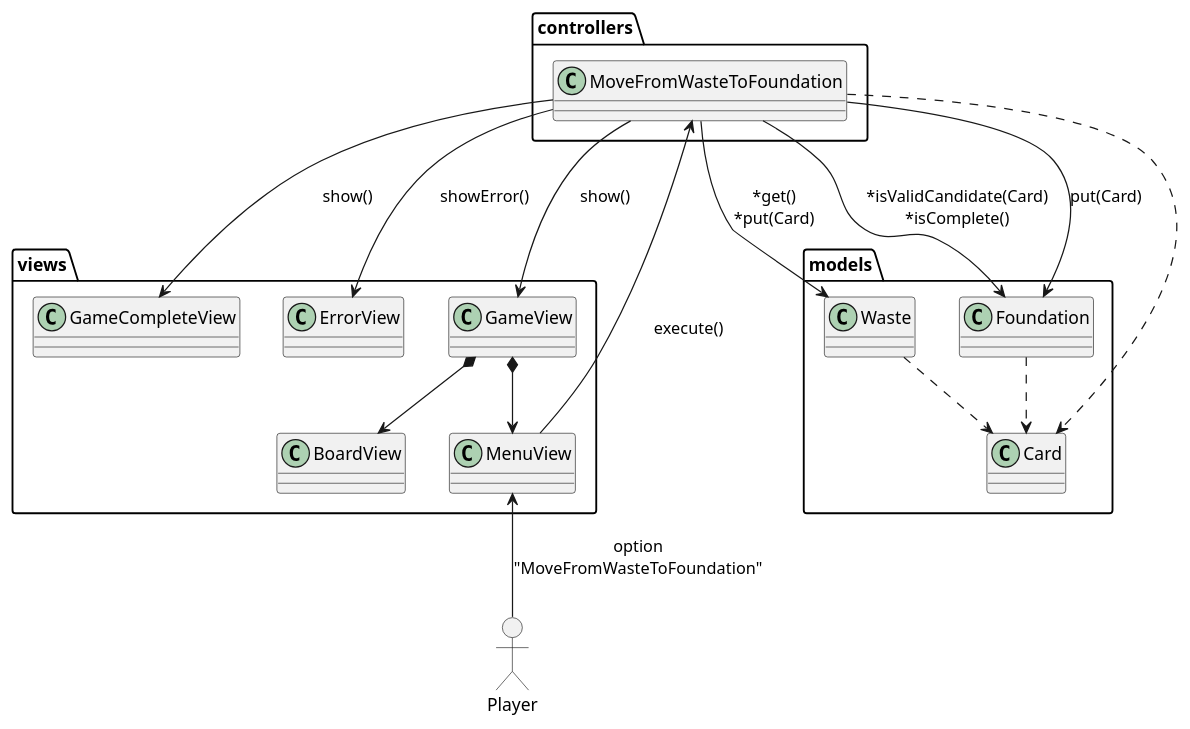
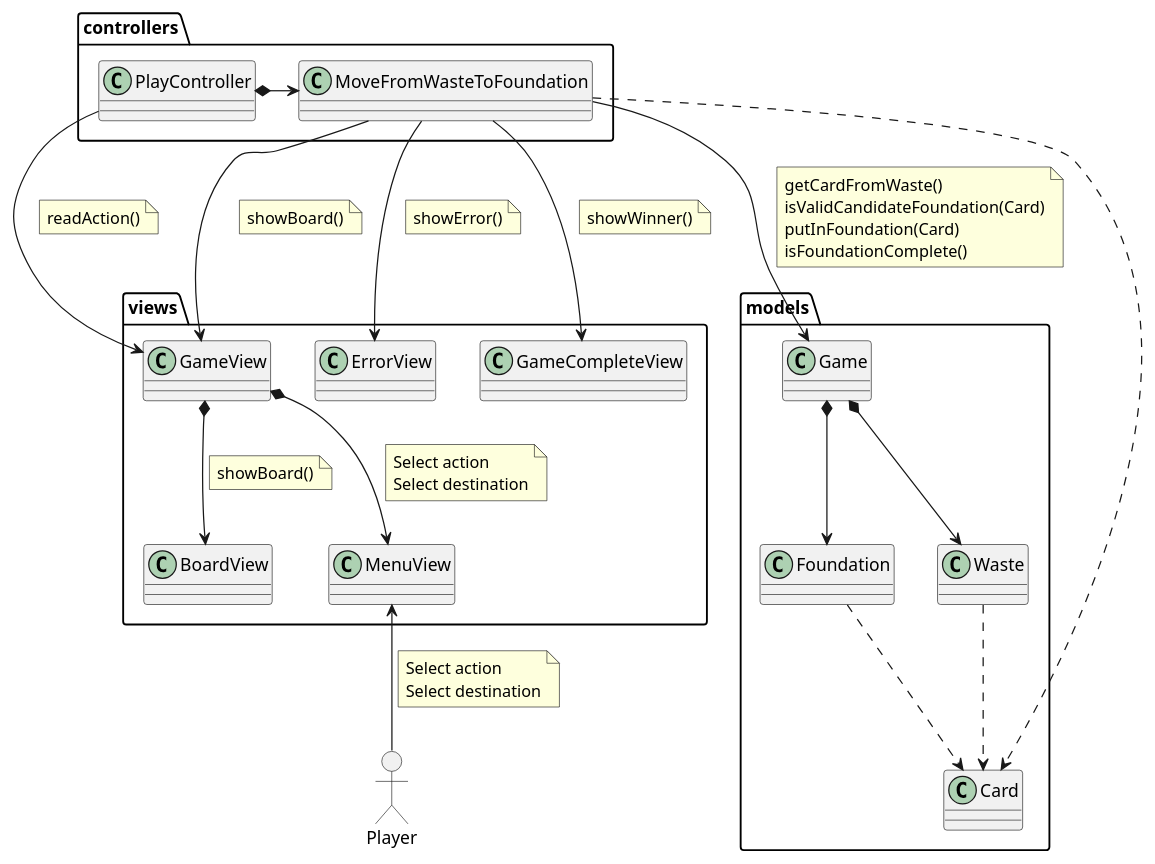
Before and after one commit to Troteaga/klondike: the diagram in docs/logicView/analysisView/useCaseAnalysis/MoveFromWasteToFoundation.plantuml, drawn with PlantUML. The commit also changed 5 other files, not shown here.

```diff
--- a/docs/logicView/analysisView/useCaseAnalysis/MoveFromWasteToFoundation.plantuml
+++ b/docs/logicView/analysisView/useCaseAnalysis/MoveFromWasteToFoundation.plantuml
@@ -1,39 +1,58 @@
 @startuml UCAnalysis_MoveFromWasteToFoundation
 
 mix_actor Player
 
 package views {
     class MenuView
     class GameCompleteView
     class ErrorView
     class GameView
     class BoardView
 
     GameView *--> BoardView
+    note on link: showBoard()
+
     GameView *--> MenuView
+    note on link: Select action\nSelect destination
 }
 
 package controllers {
+    class PlayController
     class MoveFromWasteToFoundation
+    PlayController *-right-> MoveFromWasteToFoundation
 }
 
 package models {
+    class Game
     class Card
     class Waste
     class Foundation
     Waste ..> Card
     Foundation ..> Card
+    Game *-->Waste
+    Game *-->Foundation
 }
 
 MoveFromWasteToFoundation ..> Card
 
-Player -up-> MenuView : "option\n"MoveFromWasteToFoundation""
-MenuView --> MoveFromWasteToFoundation : execute()
-MoveFromWasteToFoundation --> Waste : \n*get()\n*put(Card)
-MoveFromWasteToFoundation --> Foundation : \n*isValidCandidate(Card)\n*isComplete()
-MoveFromWasteToFoundation --> Foundation : put(Card)
-MoveFromWasteToFoundation --> ErrorView : showError()
-MoveFromWasteToFoundation --> GameView : show()
-MoveFromWasteToFoundation --> GameCompleteView : show()
+Player -up-> MenuView
+note on link: Select action\
+\nSelect destination
+
+
+PlayController --> GameView
+note on link: readAction()
+
+MoveFromWasteToFoundation --> ErrorView
+note on link: showError()
+
+MoveFromWasteToFoundation --> GameView
+note on link: showBoard()
+
+MoveFromWasteToFoundation -down-> Game
+note on link: getCardFromWaste()\nisValidCandidateFoundation(Card)\nputInFoundation(Card)\nisFoundationComplete()
+
+MoveFromWasteToFoundation --> GameCompleteView 
+note on link: showWinner()
 
 @enduml
```
